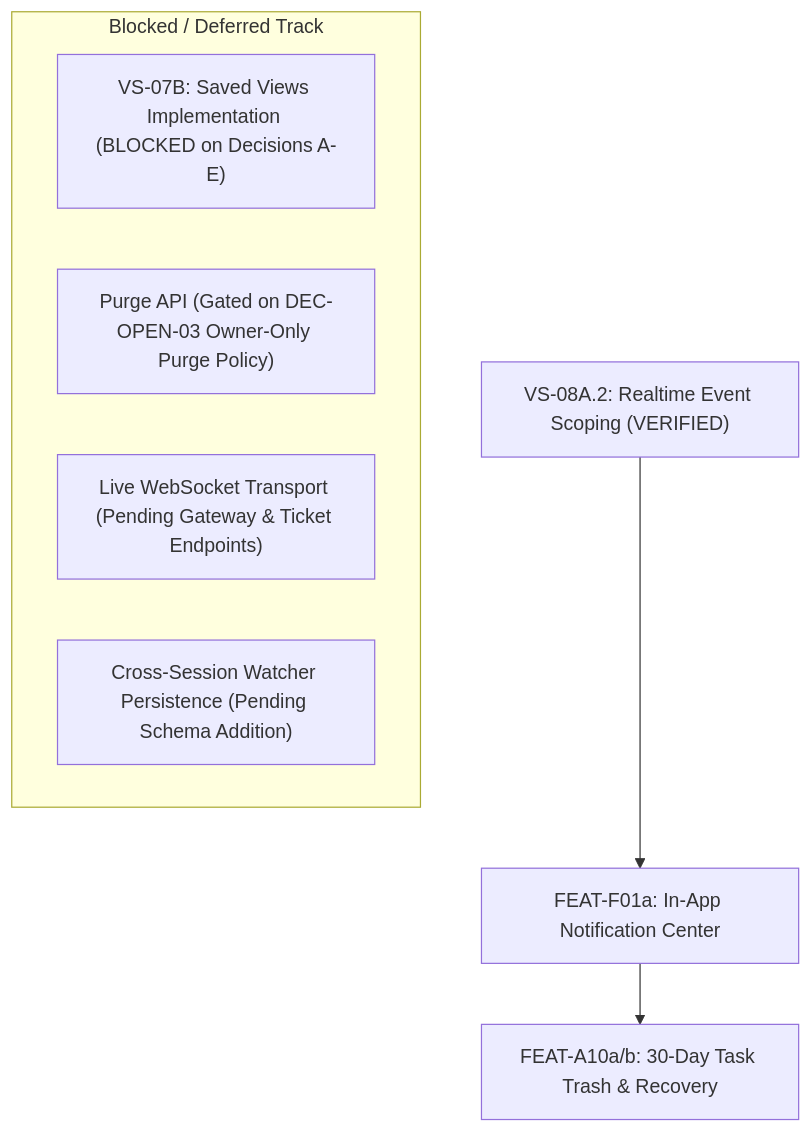
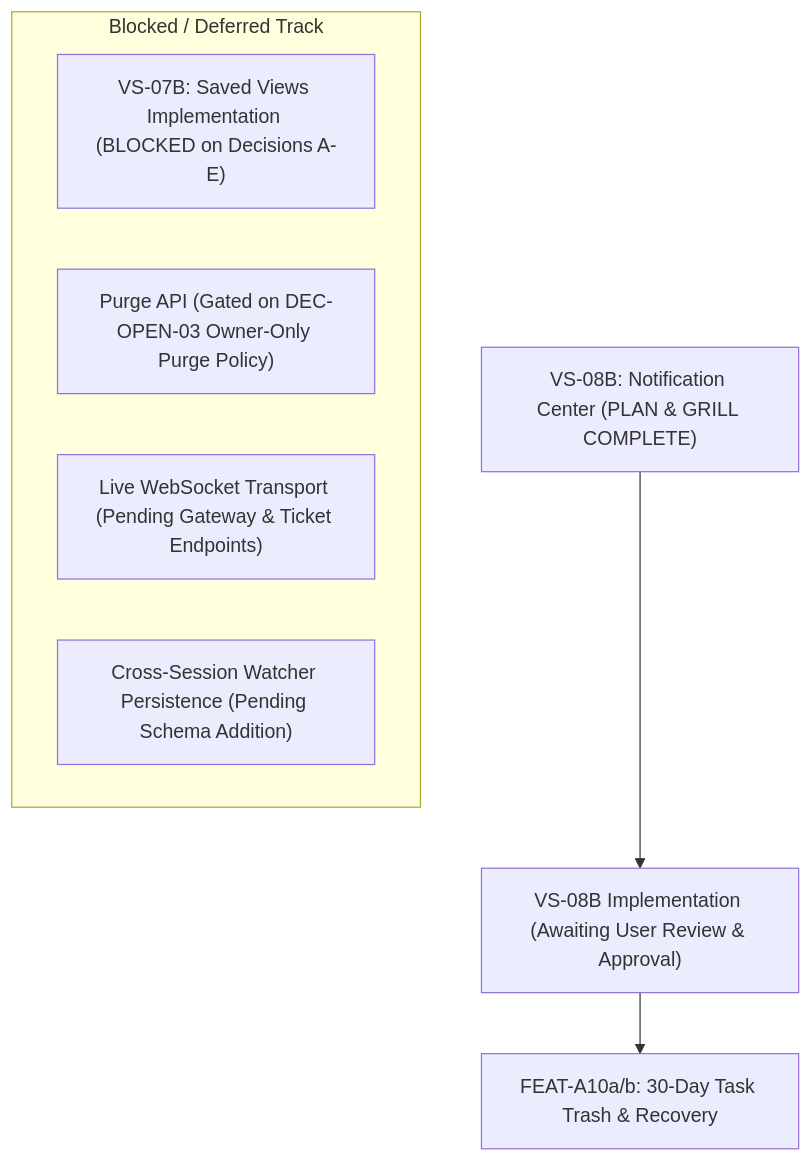
Before and after one commit to Samudra-Bose/sonder: the first of 2 diagrams in docs/04-implementation/sonder-project-progress-tracker.md, drawn with Mermaid. The commit also changed other lines of this file and 2 other files, not shown here.

Commit message:
docs(collab): VS-08B Notification Center plan & grill deliverables (#35)

````diff
--- a/docs/04-implementation/sonder-project-progress-tracker.md
+++ b/docs/04-implementation/sonder-project-progress-tracker.md
@@ -49,12 +50,12 @@
 ```mermaid
 flowchart TD
-    Current["VS-08A.2: Realtime Event Scoping (VERIFIED)"] --> Next["FEAT-F01a: In-App Notification Center"]
-    Next --> FollowUp["FEAT-A10a/b: 30-Day Task Trash & Recovery"]
+    Current["VS-08B: Notification Center (PLAN & GRILL COMPLETE)"] --> Impl["VS-08B Implementation (Awaiting User Review & Approval)"]
+    Impl --> FollowUp["FEAT-A10a/b: 30-Day Task Trash & Recovery"]
     
     subgraph Deferred ["Blocked / Deferred Track"]
         SV["VS-07B: Saved Views Implementation (BLOCKED on Decisions A-E)"]
         Trash["Purge API (Gated on DEC-OPEN-03 Owner-Only Purge Policy)"]
         RealtimeLive["Live WebSocket Transport (Pending Gateway & Ticket Endpoints)"]
         WatcherPersist["Cross-Session Watcher Persistence (Pending Schema Addition)"]
     end
 ```
````
